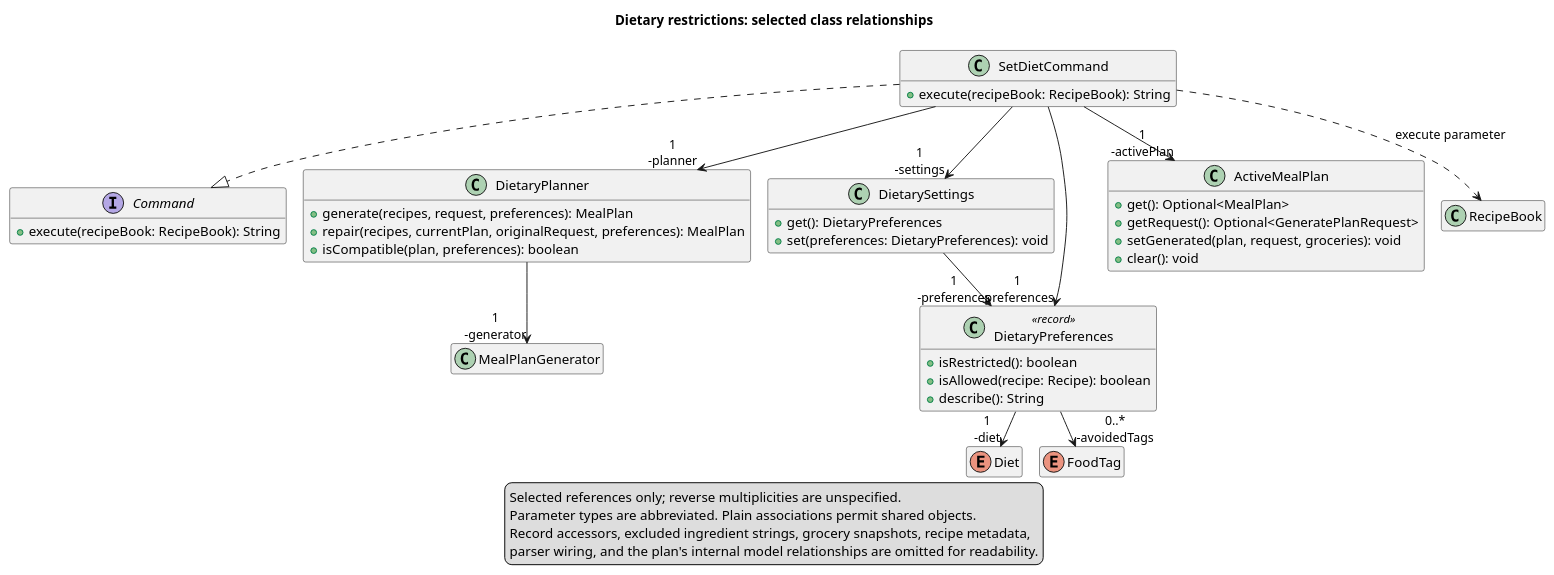
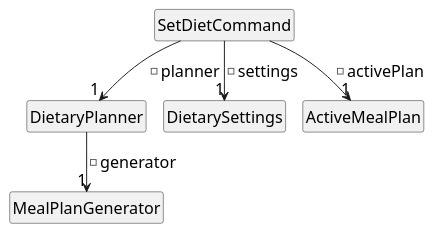
The diagram in docs/diagrams/dietary/classes.puml (AY2627S1-CS2113-W13-4/tp), drawn with PlantUML before and after one commit. The commit also changed other lines of this file and 13 other files, not shown here.

First line of the commit message:
docs: simplify dietary restriction guide and focus UML diagrams

```diff
--- a/docs/diagrams/dietary/classes.puml
+++ b/docs/diagrams/dietary/classes.puml
@@ -1,54 +1,22 @@
 @startuml
 !pragma layout smetana
-title Dietary restrictions: selected class relationships
 top to bottom direction
-skinparam nodesep 90
-skinparam ranksep 85
+skinparam backgroundColor white
+skinparam defaultFontName SansSerif
+skinparam defaultFontSize 17
+skinparam shadowing false
+skinparam monochrome true
+skinparam nodesep 35
+skinparam ranksep 45
+hide circle
 hide empty members
-interface Command {
-  + execute(recipeBook: RecipeBook): String
-}
-class SetDietCommand {
-  + execute(recipeBook: RecipeBook): String
-}
-class DietaryPlanner {
-  + generate(recipes, request, preferences): MealPlan
-  + repair(recipes, currentPlan, originalRequest, preferences): MealPlan
-  + isCompatible(plan, preferences): boolean
-}
-class DietarySettings {
-  + get(): DietaryPreferences
-  + set(preferences: DietaryPreferences): void
-}
-class DietaryPreferences <<record>> {
-  + isRestricted(): boolean
-  + isAllowed(recipe: Recipe): boolean
-  + describe(): String
-}
-class ActiveMealPlan {
-  + get(): Optional<MealPlan>
-  + getRequest(): Optional<GeneratePlanRequest>
-  + setGenerated(plan, request, groceries): void
-  + clear(): void
-}
+class SetDietCommand
+class DietaryPlanner
+class DietarySettings
+class ActiveMealPlan
 class MealPlanGenerator
-class RecipeBook
-enum Diet
-enum FoodTag
-SetDietCommand ..|> Command
-SetDietCommand --> "1\n-preferences" DietaryPreferences
-SetDietCommand --> "1\n-settings" DietarySettings
-SetDietCommand --> "1\n-activePlan" ActiveMealPlan
-SetDietCommand --> "1\n-planner" DietaryPlanner
-SetDietCommand ..> RecipeBook : execute parameter
-DietarySettings --> "1\n-preferences" DietaryPreferences
-DietaryPlanner --> "1\n-generator" MealPlanGenerator
-DietaryPreferences --> "1\n-diet" Diet
-DietaryPreferences --> "0..*\n-avoidedTags" FoodTag
-legend bottom
-  Selected references only; reverse multiplicities are unspecified.
-  Parameter types are abbreviated. Plain associations permit shared objects.
-  Record accessors, excluded ingredient strings, grocery snapshots, recipe metadata,
-  parser wiring, and the plan's internal model relationships are omitted for readability.
-endlegend
+SetDietCommand --> "1" DietaryPlanner : -planner
+SetDietCommand --> "1" DietarySettings : -settings
+SetDietCommand --> "1" ActiveMealPlan : -activePlan
+DietaryPlanner --> "1" MealPlanGenerator : -generator
 @enduml
```
